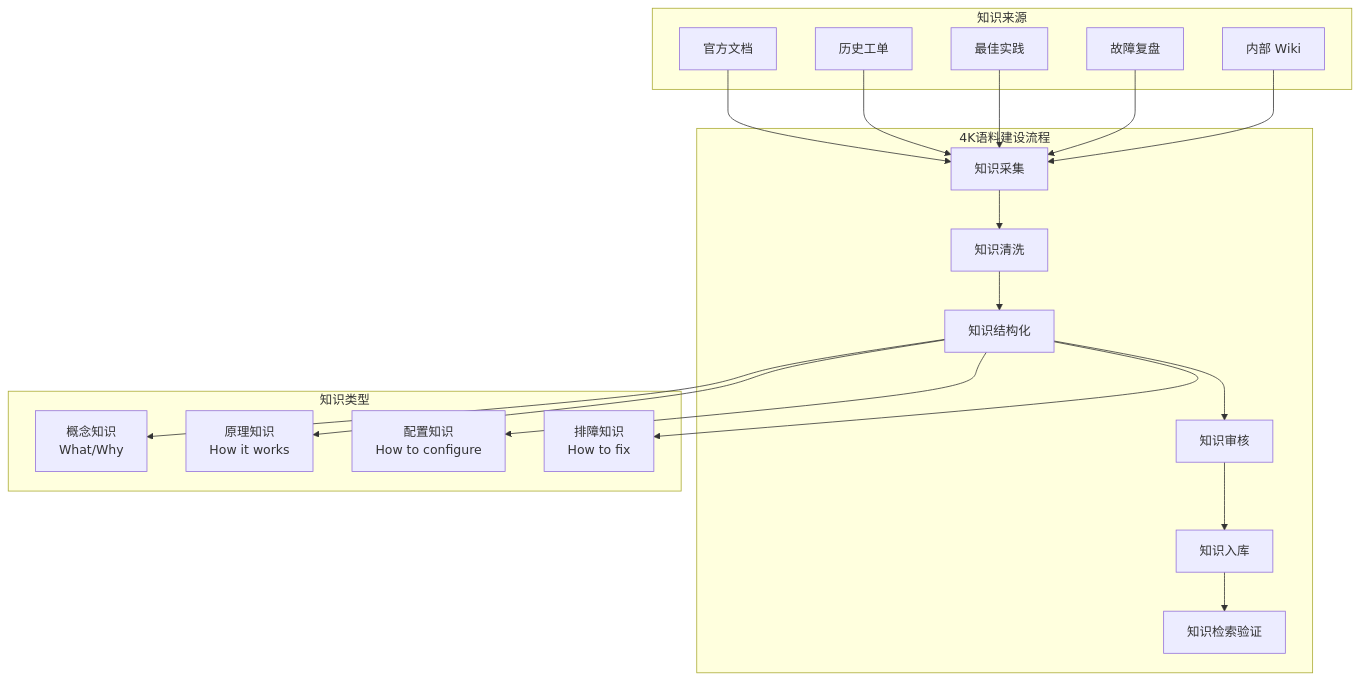
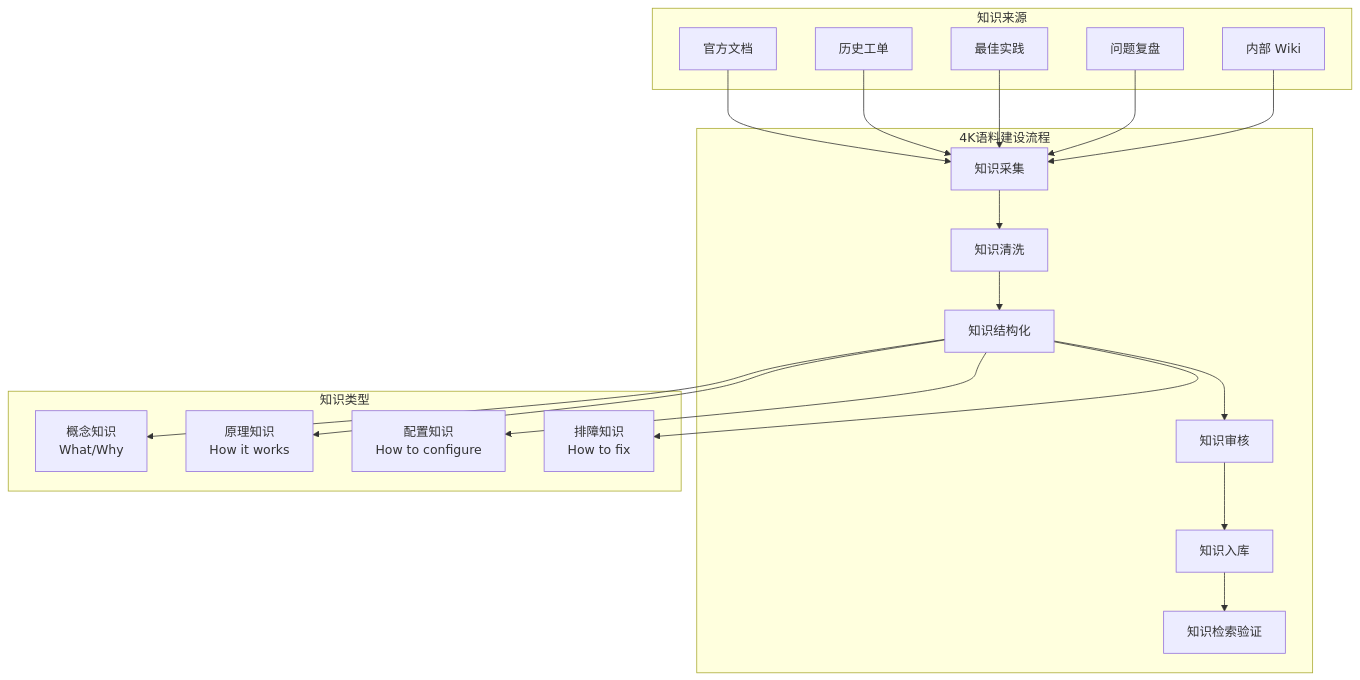
Before and after one commit to kudig-io/kudig-database: the third of 21 diagrams in domain-14-ai-ml-infra/topic-ai-agent/13-trusted-agent-system-fiscal-plan.md, drawn with Mermaid. The commit also changed other lines of this file and 1236 other files, not shown here.

````diff
--- a/domain-14-ai-ml-infra/topic-ai-agent/13-trusted-agent-system-fiscal-plan.md
+++ b/domain-14-ai-ml-infra/topic-ai-agent/13-trusted-agent-system-fiscal-plan.md
@@ -180,25 +180,25 @@
 ```mermaid
 graph TB
     subgraph 4K语料建设流程
         S1[知识采集] --> S2[知识清洗]
         S2 --> S3[知识结构化]
         S3 --> S4[知识审核]
         S4 --> S5[知识入库]
         S5 --> S6[知识检索验证]
     end
 
     subgraph 知识来源
         SRC1[官方文档] --> S1
         SRC2[历史工单] --> S1
         SRC3[最佳实践] --> S1
-        SRC4[故障复盘] --> S1
+        SRC4[问题复盘] --> S1
         SRC5[内部 Wiki] --> S1
     end
 
     subgraph 知识类型
         S3 --> T1[概念知识<br/>What/Why]
         S3 --> T2[原理知识<br/>How it works]
         S3 --> T3[配置知识<br/>How to configure]
         S3 --> T4[排障知识<br/>How to fix]
     end
 ```
````
